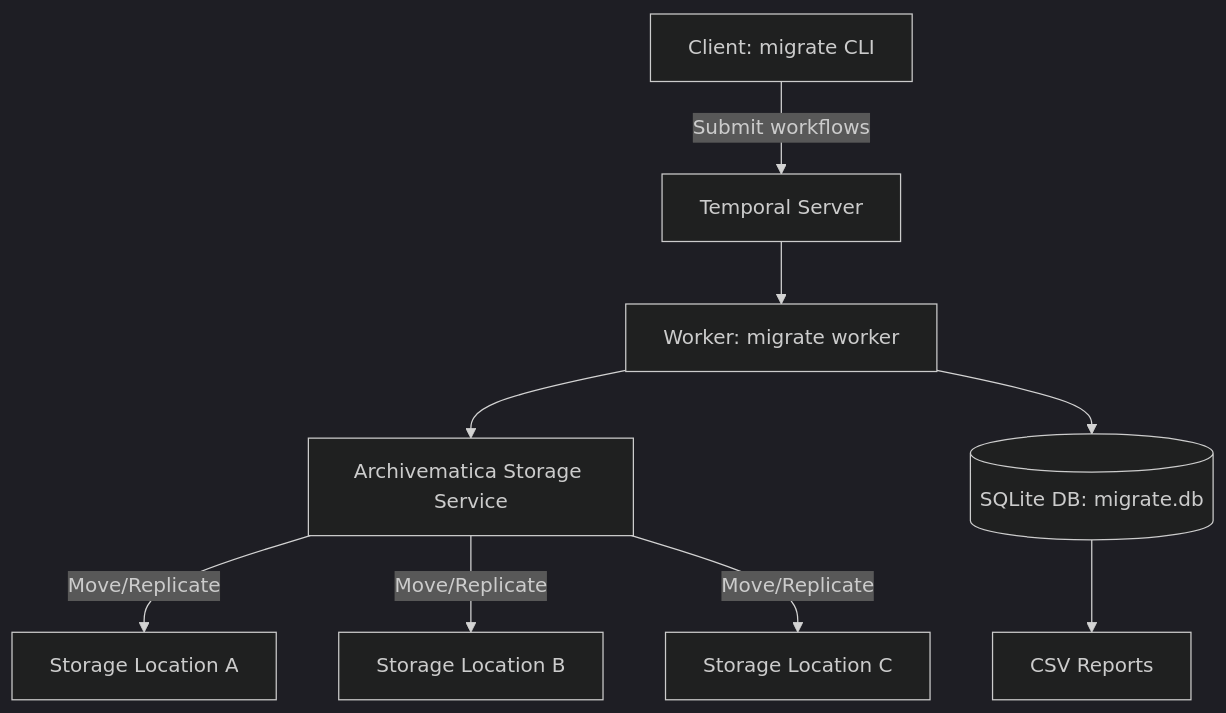
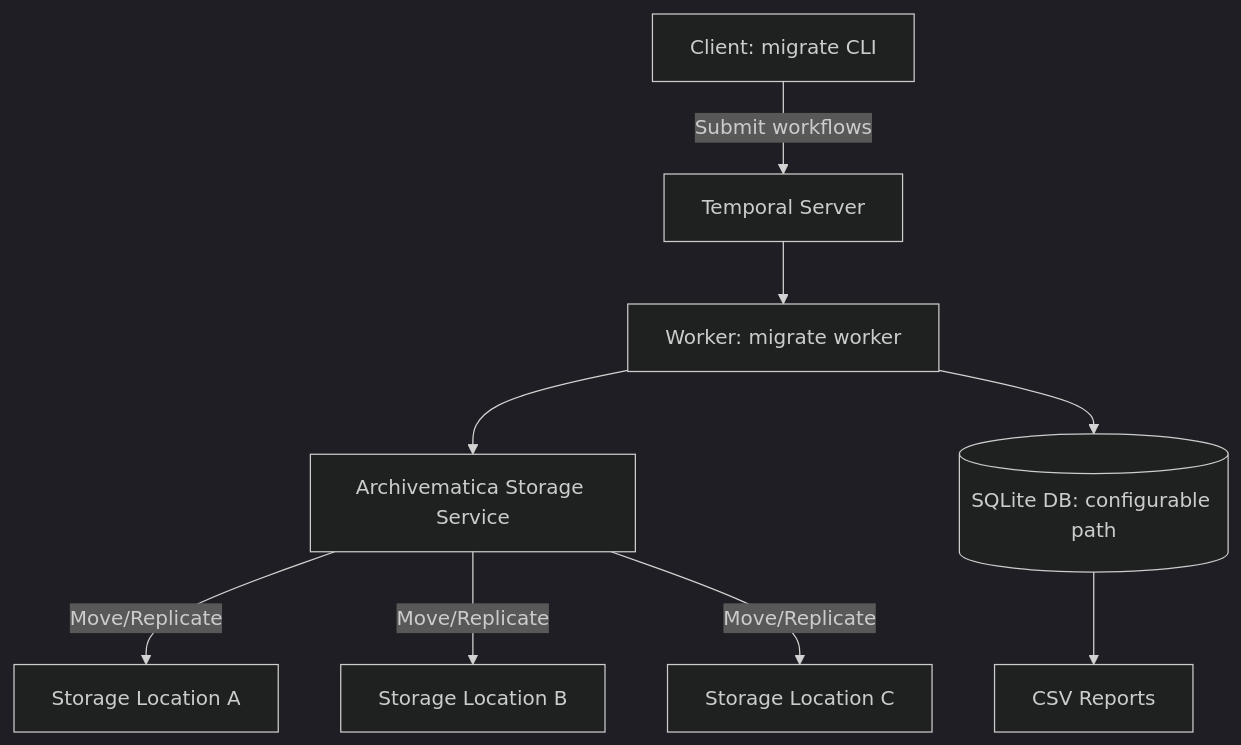
The diagram in README.md (artefactual-labs/migrate), drawn with Mermaid (dark theme) before and after one commit. The commit also changed other lines of this file and 5 other files, not shown here.

````diff
--- a/README.md
+++ b/README.md
@@ -68,11 +68,11 @@
 ```mermaid
 flowchart TD
     A[Client: migrate CLI] -->|Submit workflows| B[Temporal Server]
     B --> C[Worker: migrate worker]
     C --> D[Archivematica Storage Service]
     D -->|Move/Replicate| E1[Storage Location A]
     D -->|Move/Replicate| E2[Storage Location B]
     D -->|Move/Replicate| E3[Storage Location C]
-    C --> F[(SQLite DB: migrate.db)]
+    C --> F[(SQLite DB: configurable path)]
     F --> G[CSV Reports]
 ```
````
